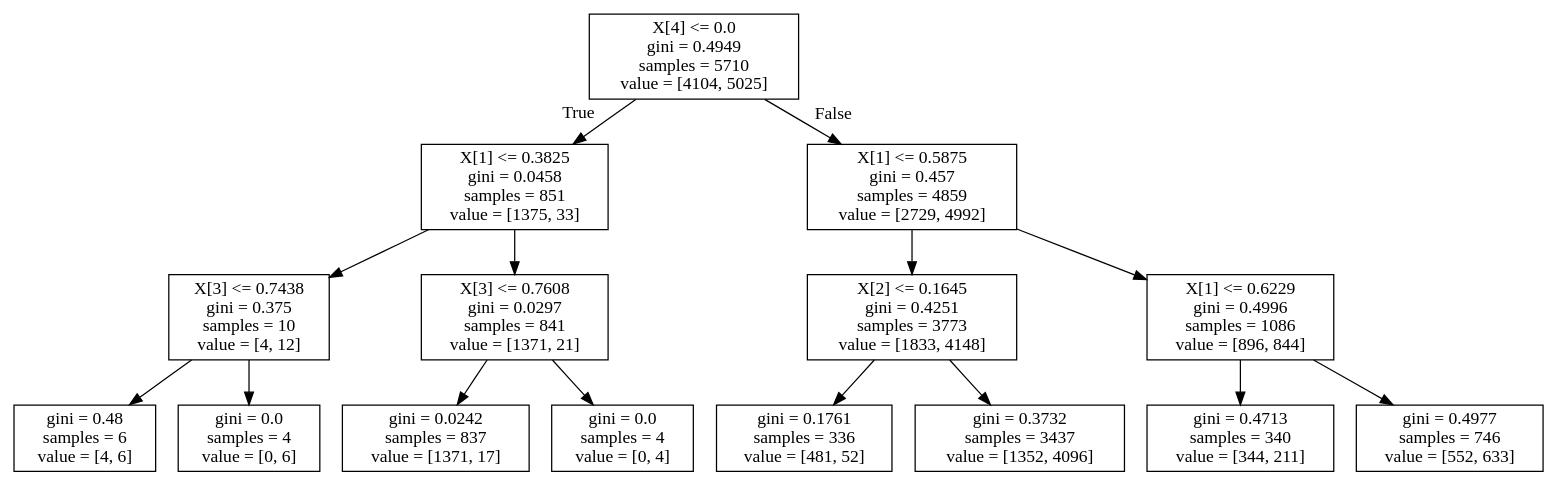
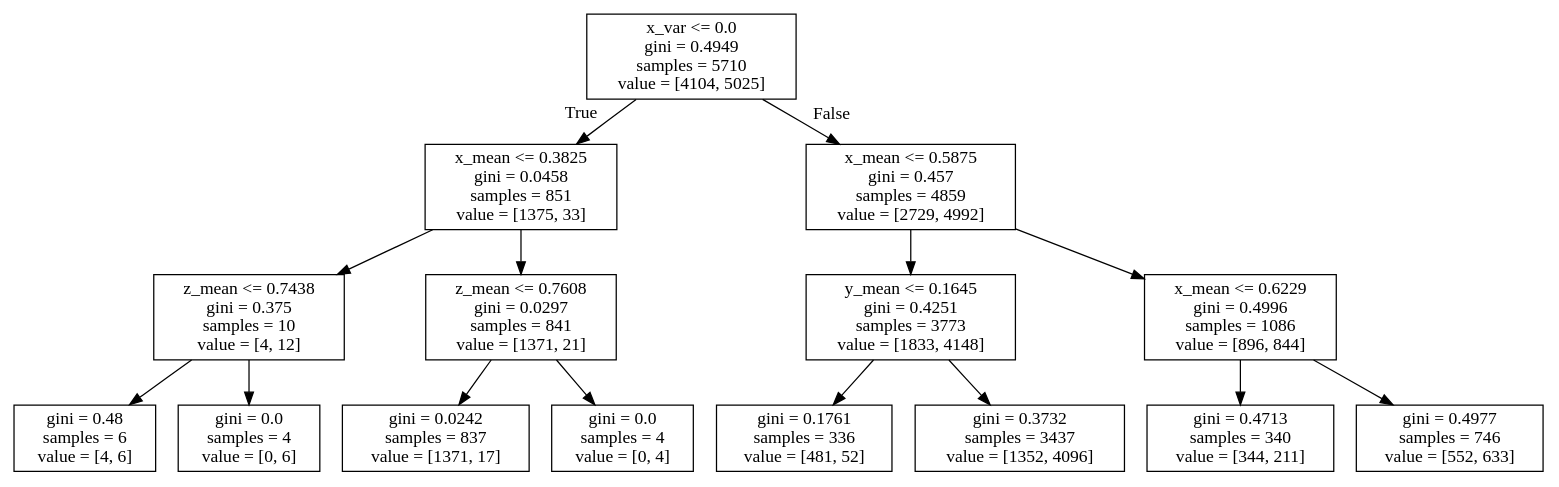
The diagram in dip/random_forest_renders/tree_3.dot (dannygosain1/goyo), drawn with Graphviz before and after one commit. The commit also changed 9 other files, not shown here.

```diff
--- a/dip/random_forest_renders/tree_3.dot
+++ b/dip/random_forest_renders/tree_3.dot
@@ -1,32 +1,32 @@
 digraph Tree {
 node [shape=box] ;
-0 [label="X[4] <= 0.0\ngini = 0.4949\nsamples = 5710\nvalue = [4104, 5025]"] ;
-1 [label="X[1] <= 0.3825\ngini = 0.0458\nsamples = 851\nvalue = [1375, 33]"] ;
+0 [label="x_var <= 0.0\ngini = 0.4949\nsamples = 5710\nvalue = [4104, 5025]"] ;
+1 [label="x_mean <= 0.3825\ngini = 0.0458\nsamples = 851\nvalue = [1375, 33]"] ;
 0 -> 1 [labeldistance=2.5, labelangle=45, headlabel="True"] ;
-2 [label="X[3] <= 0.7438\ngini = 0.375\nsamples = 10\nvalue = [4, 12]"] ;
+2 [label="z_mean <= 0.7438\ngini = 0.375\nsamples = 10\nvalue = [4, 12]"] ;
 1 -> 2 ;
 3 [label="gini = 0.48\nsamples = 6\nvalue = [4, 6]"] ;
 2 -> 3 ;
 4 [label="gini = 0.0\nsamples = 4\nvalue = [0, 6]"] ;
 2 -> 4 ;
-5 [label="X[3] <= 0.7608\ngini = 0.0297\nsamples = 841\nvalue = [1371, 21]"] ;
+5 [label="z_mean <= 0.7608\ngini = 0.0297\nsamples = 841\nvalue = [1371, 21]"] ;
 1 -> 5 ;
 6 [label="gini = 0.0242\nsamples = 837\nvalue = [1371, 17]"] ;
 5 -> 6 ;
 7 [label="gini = 0.0\nsamples = 4\nvalue = [0, 4]"] ;
 5 -> 7 ;
-8 [label="X[1] <= 0.5875\ngini = 0.457\nsamples = 4859\nvalue = [2729, 4992]"] ;
+8 [label="x_mean <= 0.5875\ngini = 0.457\nsamples = 4859\nvalue = [2729, 4992]"] ;
 0 -> 8 [labeldistance=2.5, labelangle=-45, headlabel="False"] ;
-9 [label="X[2] <= 0.1645\ngini = 0.4251\nsamples = 3773\nvalue = [1833, 4148]"] ;
+9 [label="y_mean <= 0.1645\ngini = 0.4251\nsamples = 3773\nvalue = [1833, 4148]"] ;
 8 -> 9 ;
 10 [label="gini = 0.1761\nsamples = 336\nvalue = [481, 52]"] ;
 9 -> 10 ;
 11 [label="gini = 0.3732\nsamples = 3437\nvalue = [1352, 4096]"] ;
 9 -> 11 ;
-12 [label="X[1] <= 0.6229\ngini = 0.4996\nsamples = 1086\nvalue = [896, 844]"] ;
+12 [label="x_mean <= 0.6229\ngini = 0.4996\nsamples = 1086\nvalue = [896, 844]"] ;
 8 -> 12 ;
 13 [label="gini = 0.4713\nsamples = 340\nvalue = [344, 211]"] ;
 12 -> 13 ;
 14 [label="gini = 0.4977\nsamples = 746\nvalue = [552, 633]"] ;
 12 -> 14 ;
 }
```
